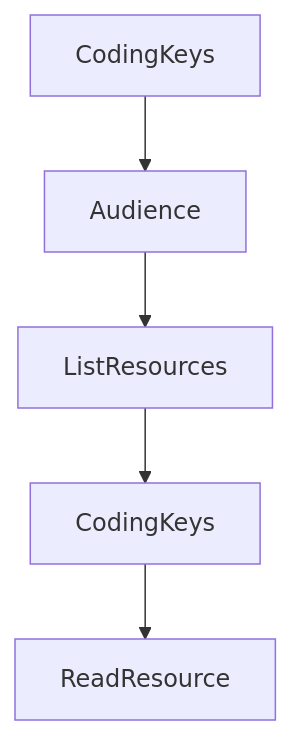
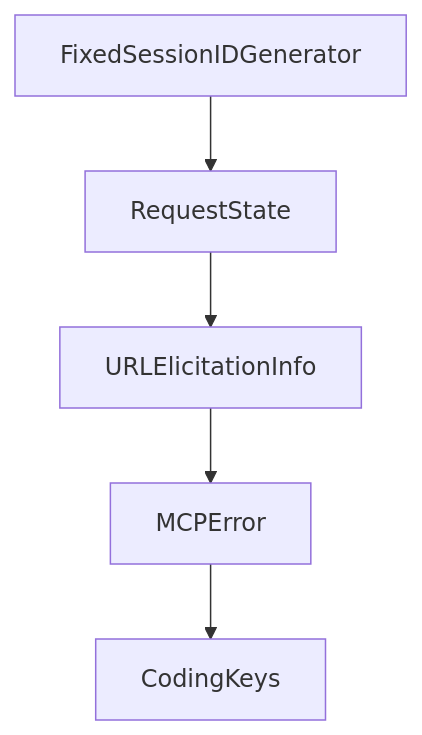
Before and after one commit to johnxie/awesome-code-docs: the diagram in tutorials/mcp-swift-sdk-tutorial/06-transports-custom-implementations-and-shutdown.md, drawn with Mermaid. The commit also changed other lines of this file and 1232 other files, not shown here.

````diff
--- a/tutorials/mcp-swift-sdk-tutorial/06-transports-custom-implementations-and-shutdown.md
+++ b/tutorials/mcp-swift-sdk-tutorial/06-transports-custom-implementations-and-shutdown.md
@@ -213,12 +211,12 @@
 ```mermaid
 flowchart TD
-    A[CodingKeys]
-    B[Audience]
-    C[ListResources]
-    D[CodingKeys]
-    E[ReadResource]
+    A[FixedSessionIDGenerator]
+    B[RequestState]
+    C[URLElicitationInfo]
+    D[MCPError]
+    E[CodingKeys]
     A --> B
     B --> C
     C --> D
     D --> E
 ```
````
